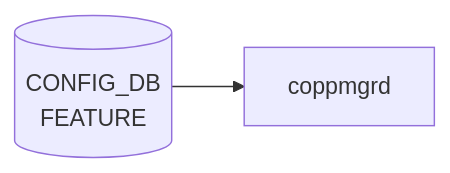
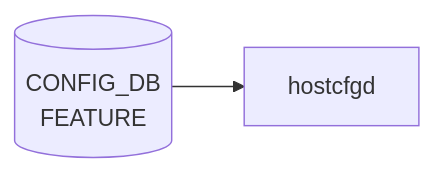
One commit to aoki-taquan/sonic-unofficial-docs changed the diagram in docs/reference/config-db/feature.md. Above: the diagram before and after it, drawn with Mermaid. The commit also changed 19 other files, not shown here.

````diff
--- a/docs/reference/config-db/feature.md
+++ b/docs/reference/config-db/feature.md
@@ -30,6 +30,6 @@
 ```mermaid
 flowchart LR
   CDB[("CONFIG_DB<br/>FEATURE")]
-  DM["coppmgrd"]
+  DM["hostcfgd"]
   CDB --> DM
 ```
````
